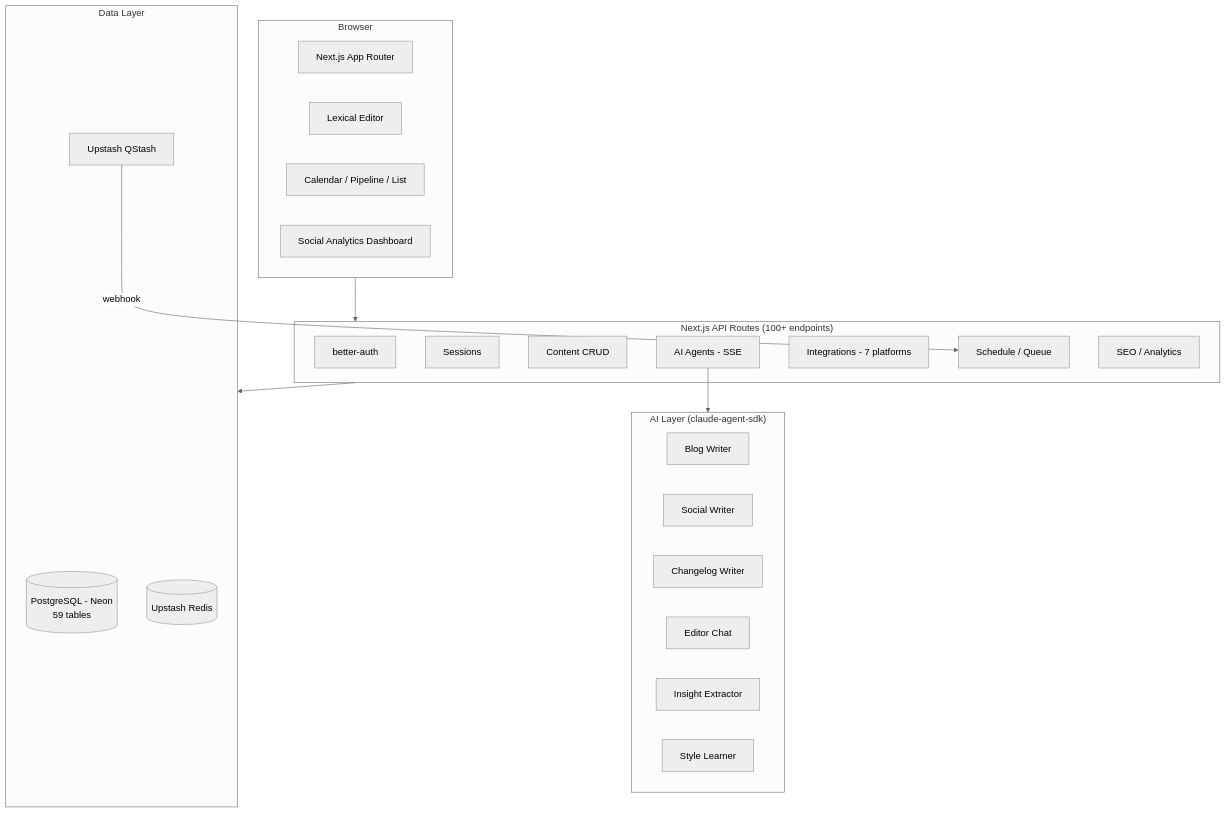
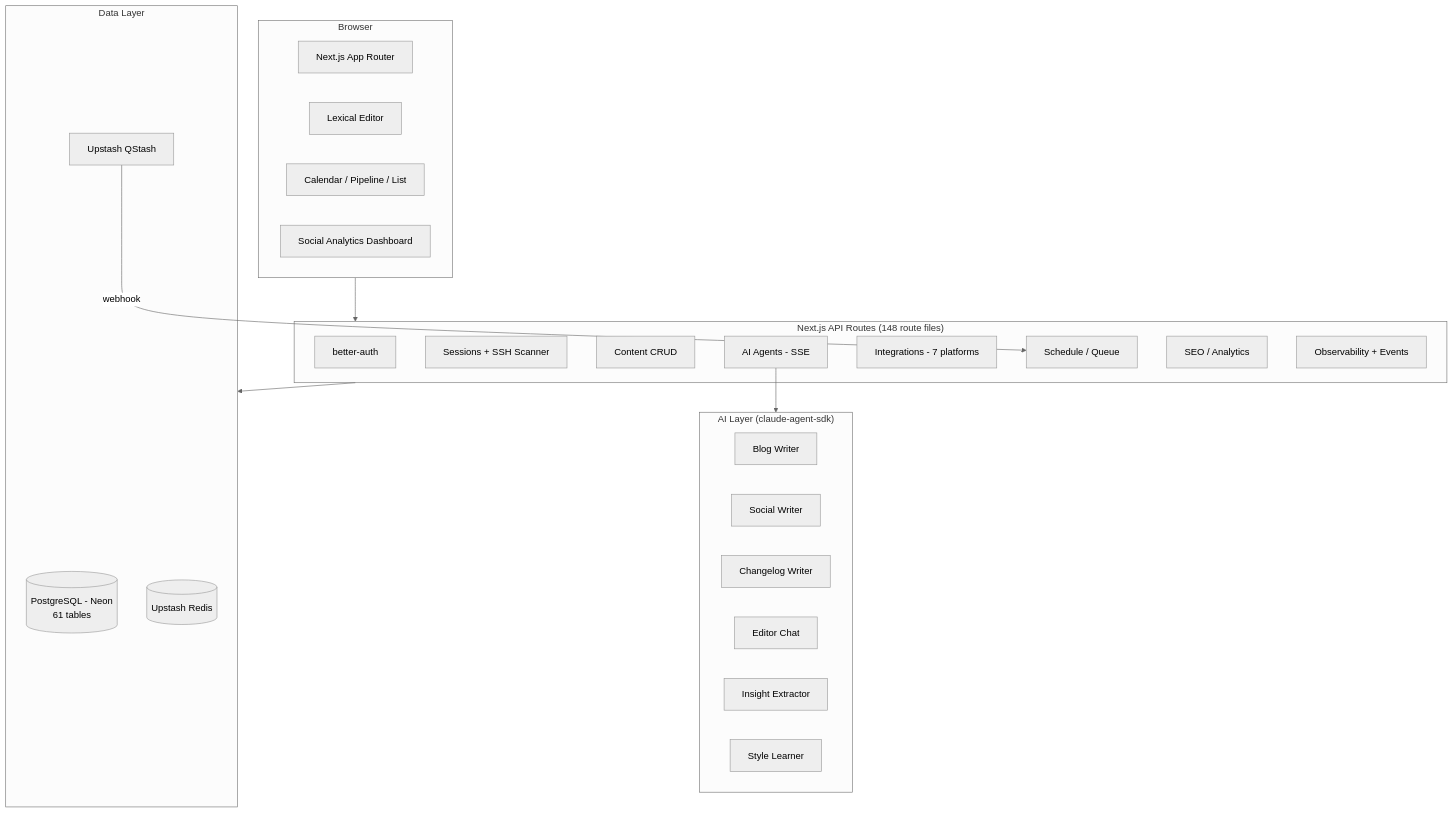
One commit to krzemienski/sessionforge changed the first of 6 diagrams in docs/ARCHITECTURE.md. Above: the diagram before and after it, drawn with Mermaid (neutral theme). The commit also changed other lines of this file and 11 other files, not shown here.

````diff
--- a/docs/ARCHITECTURE.md
+++ b/docs/ARCHITECTURE.md
@@ -25,39 +28,40 @@
 ```mermaid
 graph TB
     subgraph Client["Browser"]
         UI[Next.js App Router]
         Editor[Lexical Editor]
         Views[Calendar / Pipeline / List]
         Analytics[Social Analytics Dashboard]
     end
 
-    subgraph Server["Next.js API Routes (100+ endpoints)"]
+    subgraph Server["Next.js API Routes (148 route files)"]
         Auth[better-auth]
-        SessionAPI[Sessions]
+        SessionAPI[Sessions + SSH Scanner]
         ContentAPI[Content CRUD]
         AgentAPI[AI Agents - SSE]
         IntAPI[Integrations - 7 platforms]
         SchedAPI[Schedule / Queue]
         SEOAPI[SEO / Analytics]
+        ObsAPI[Observability + Events]
     end
 
     subgraph AI["AI Layer (claude-agent-sdk)"]
         Blog[Blog Writer]
         Social[Social Writer]
         Changelog[Changelog Writer]
         Chat[Editor Chat]
         Insight[Insight Extractor]
         Style[Style Learner]
     end
 
     subgraph Data["Data Layer"]
-        DB[(PostgreSQL - Neon\n59 tables)]
+        DB[(PostgreSQL - Neon\n61 tables)]
         Redis[(Upstash Redis)]
         QStash[Upstash QStash]
     end
 
     Client --> Server
     AgentAPI --> AI
     Server --> Data
     QStash -->|webhook| SchedAPI
 ```
````
